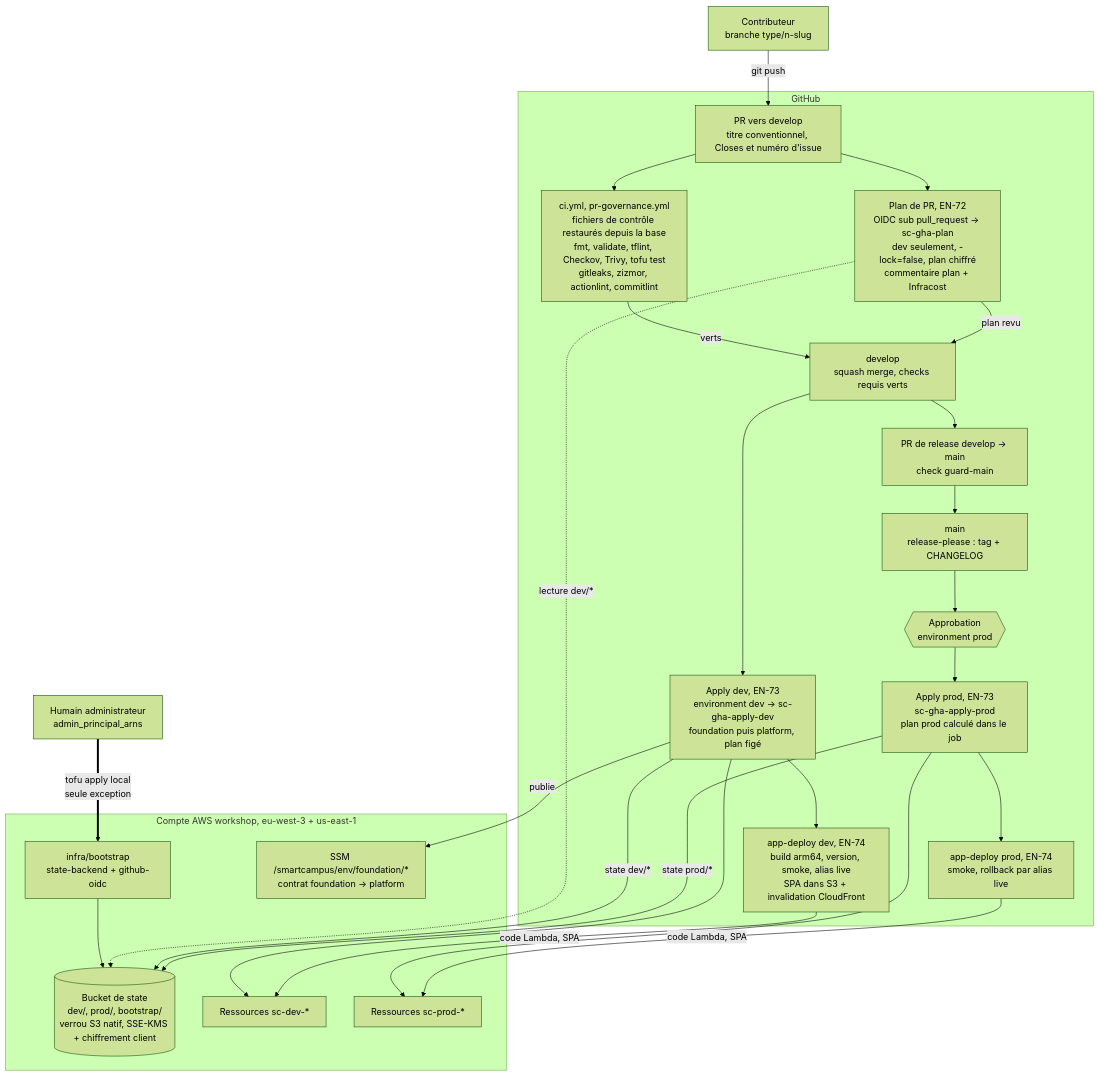
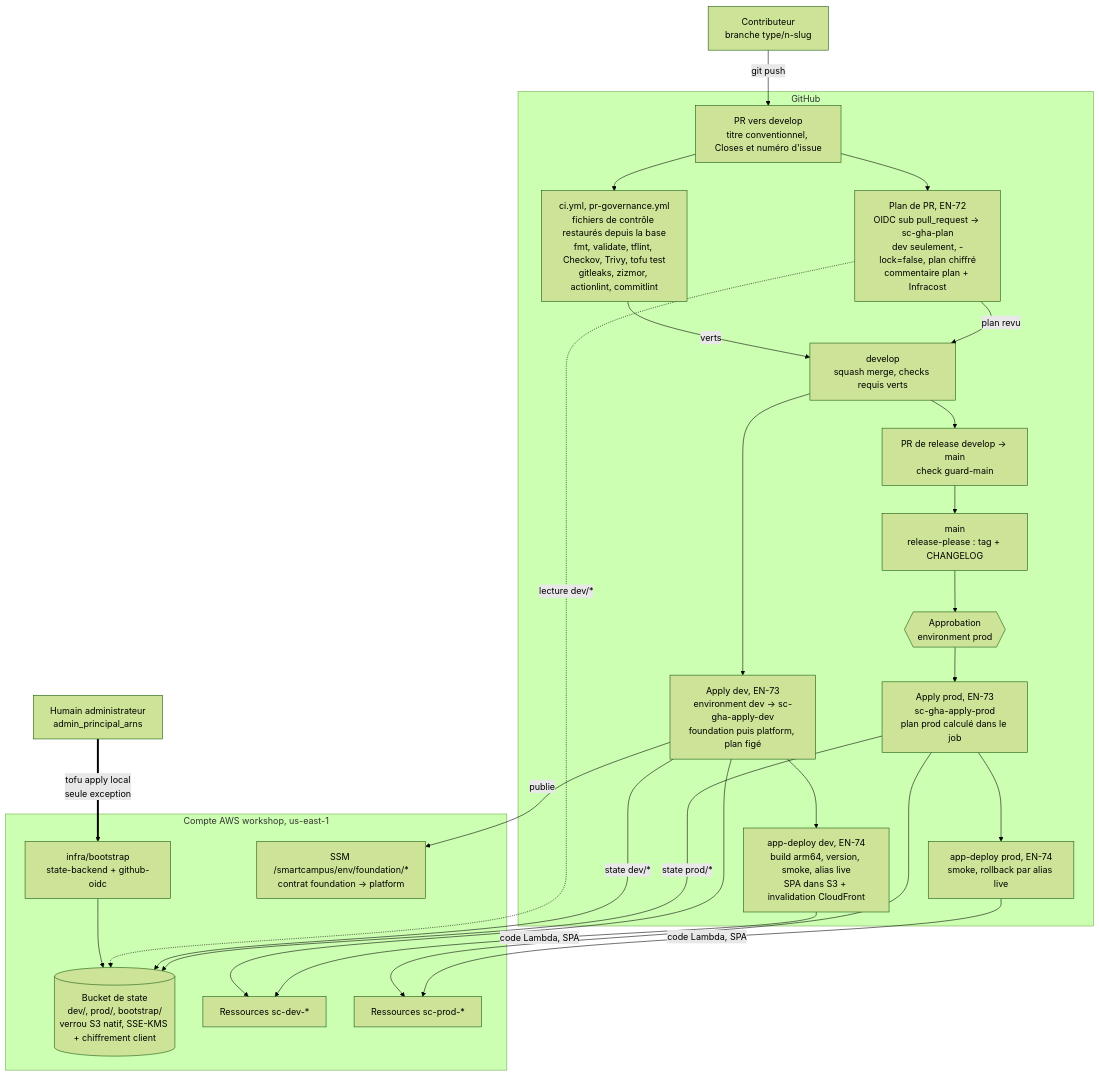
One commit to smart-campus-ai/smart-campus-ai changed the diagram in docs/architecture/03-deploiement-gitops.md. Above: the diagram before and after it, drawn with Mermaid (forest theme). The commit also changed other lines of this file and 25 other files, not shown here.

Commit message:
chore(bootstrap): switch the workshop region to us-east-1

````diff
--- a/docs/architecture/03-deploiement-gitops.md
+++ b/docs/architecture/03-deploiement-gitops.md
@@ -5,56 +5,56 @@
 ```mermaid
 flowchart TB
   accTitle: Flux de déploiement GitOps de SmartCampus AI
   accDescr: Une branche de travail ouvre une PR vers develop, contrôlée par la CI et un plan en lecture seule. La fusion sur develop applique dev puis déploie le code applicatif. Une PR de release vers main applique prod après approbation, puis déploie le code en prod. Le bootstrap est appliqué localement par un humain. La description complète est sous le diagramme.
 
   devx["Contributeur<br/>branche type/n-slug"]
   human["Humain administrateur<br/>admin_principal_arns"]
 
   subgraph gh["GitHub"]
     pr["PR vers develop<br/>titre conventionnel, Closes et numéro d'issue"]
     ci["ci.yml, pr-governance.yml<br/>fichiers de contrôle restaurés depuis la base<br/>fmt, validate, tflint, Checkov, Trivy, tofu test<br/>gitleaks, zizmor, actionlint, commitlint"]
     plan["Plan de PR, EN-72<br/>OIDC sub pull_request → sc-gha-plan<br/>dev seulement, -lock=false, plan chiffré<br/>commentaire plan + Infracost"]
     develop["develop<br/>squash merge, checks requis verts"]
     applydev["Apply dev, EN-73<br/>environment dev → sc-gha-apply-dev<br/>foundation puis platform, plan figé"]
     appdev["app-deploy dev, EN-74<br/>build arm64, version, smoke, alias live<br/>SPA dans S3 + invalidation CloudFront"]
     relpr["PR de release develop → main<br/>check guard-main"]
     main["main<br/>release-please : tag + CHANGELOG"]
     gate{{"Approbation<br/>environment prod"}}
     applyprod["Apply prod, EN-73<br/>sc-gha-apply-prod<br/>plan prod calculé dans le job"]
     appprod["app-deploy prod, EN-74<br/>smoke, rollback par alias live"]
   end
 
-  subgraph aws["Compte AWS workshop, eu-west-3 + us-east-1"]
+  subgraph aws["Compte AWS workshop, us-east-1"]
     boot["infra/bootstrap<br/>state-backend + github-oidc"]
     state[("Bucket de state<br/>dev/, prod/, bootstrap/<br/>verrou S3 natif, SSE-KMS + chiffrement client")]
     ssm["SSM /smartcampus/env/foundation/*<br/>contrat foundation → platform"]
     rdev["Ressources sc-dev-*"]
     rprod["Ressources sc-prod-*"]
   end
 
   human ==>|"tofu apply local<br/>seule exception"| boot
   boot --> state
 
   devx -->|"git push"| pr
   pr --> ci
   pr --> plan
   plan -.->|"lecture dev/*"| state
   ci -->|"verts"| develop
   plan -->|"plan revu"| develop
 
   develop --> applydev
   applydev -->|"state dev/*"| state
   applydev -->|"publie"| ssm
   applydev --> rdev
   applydev --> appdev
   appdev -->|"code Lambda, SPA"| rdev
 
   develop --> relpr
   relpr --> main
   main --> gate
   gate --> applyprod
   applyprod -->|"state prod/*"| state
   applyprod --> rprod
   applyprod --> appprod
   appprod -->|"code Lambda, SPA"| rprod
 ```
````
